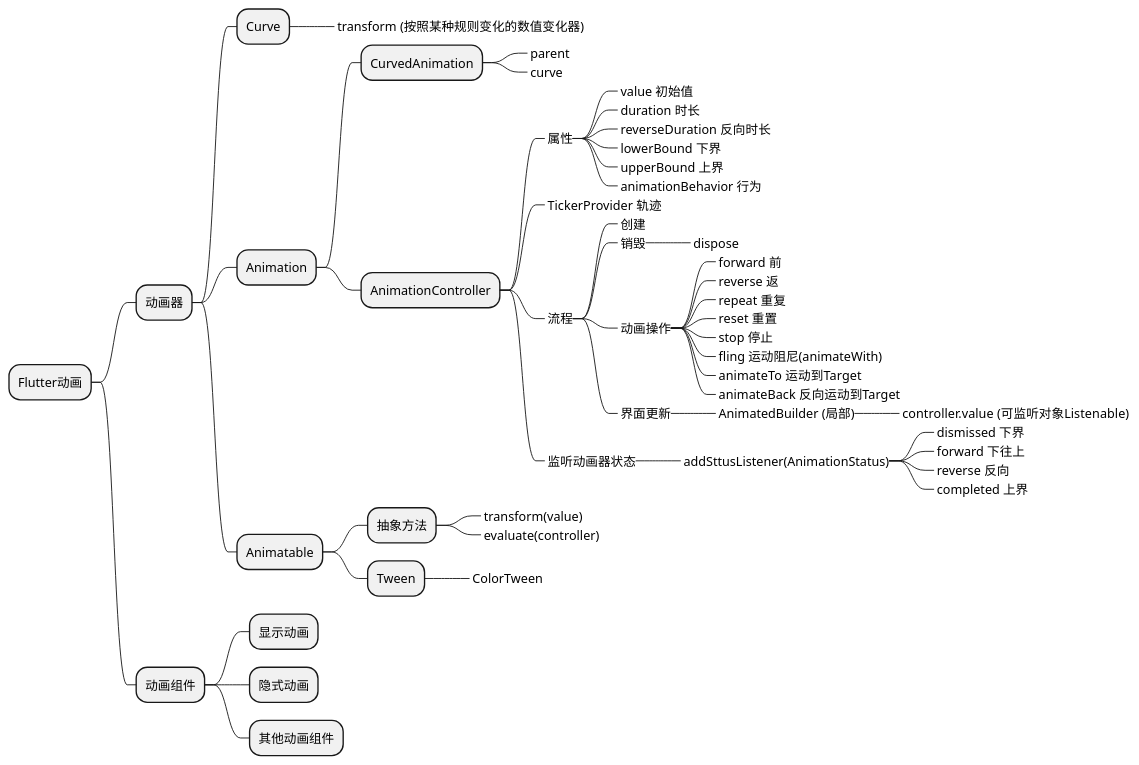
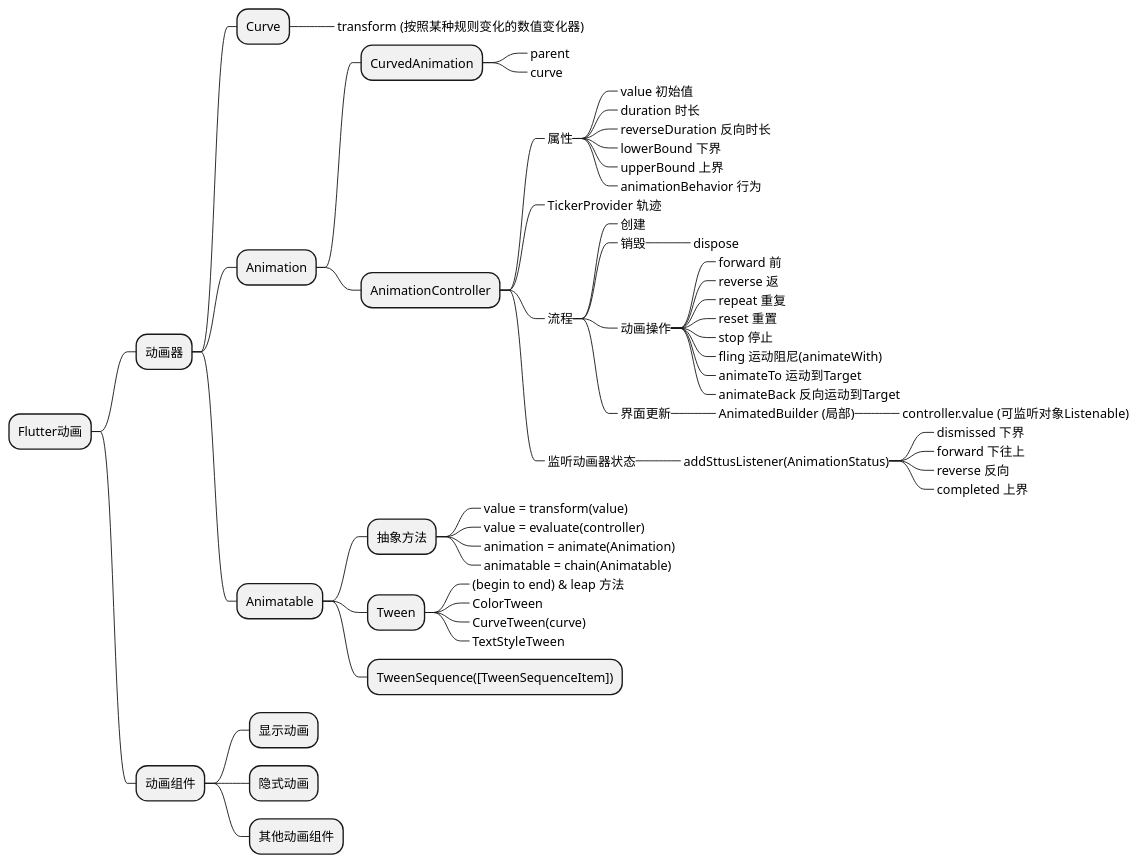
One commit to HEROhuqinchao/flutter_bilibili_getx changed the diagram in lib/ui/pages/functions/animation_study/mindMap/mindMap.pu. Above: the diagram before and after it, drawn with PlantUML.

Commit message:
animation mindMap

```diff
--- a/lib/ui/pages/functions/animation_study/mindMap/mindMap.pu
+++ b/lib/ui/pages/functions/animation_study/mindMap/mindMap.pu
@@ -1,54 +1,60 @@
 @startmindmap
 * Flutter动画
 ** 动画器
 *** Curve
 ****_ transform (按照某种规则变化的数值变化器)
 *** Animation
 **** CurvedAnimation
 *****_ parent
 *****_ curve
 **** AnimationController
 *****_ 属性
 ******_ value 初始值
 ******_ duration 时长
 ******_ reverseDuration 反向时长
 ******_ lowerBound 下界
 ******_ upperBound 上界
 ******_ animationBehavior 行为
 *****_ TickerProvider 轨迹
 *****_ 流程
 ******_ 创建
 ******_ 销毁
 *******_ dispose
 ******_ 动画操作
 *******_ forward 前
 *******_ reverse 返
 *******_ repeat 重复
 *******_ reset 重置
 *******_ stop 停止
 *******_ fling 运动阻尼(animateWith)
 *******_ animateTo 运动到Target
 *******_ animateBack 反向运动到Target
 ******_ 界面更新
 *******_ AnimatedBuilder (局部)
 ********_ controller.value (可监听对象Listenable)
 *****_ 监听动画器状态
 ******_ addSttusListener(AnimationStatus)
 *******_ dismissed 下界
 *******_ forward 下往上
 *******_ reverse 反向
 *******_ completed 上界
 *** Animatable
 **** 抽象方法
-*****_ transform(value)
-*****_ evaluate(controller)
+*****_ value = transform(value)
+*****_ value = evaluate(controller)
+*****_ animation = animate(Animation)
+*****_ animatable = chain(Animatable)
 
 **** Tween
+*****_ (begin to end) & leap 方法
 *****_ ColorTween
+*****_ CurveTween(curve)
+*****_ TextStyleTween
+**** TweenSequence([TweenSequenceItem])
 
 ** 动画组件
 *** 显示动画
 *** 隐式动画
 *** 其他动画组件
 
 @endmindmap
```
